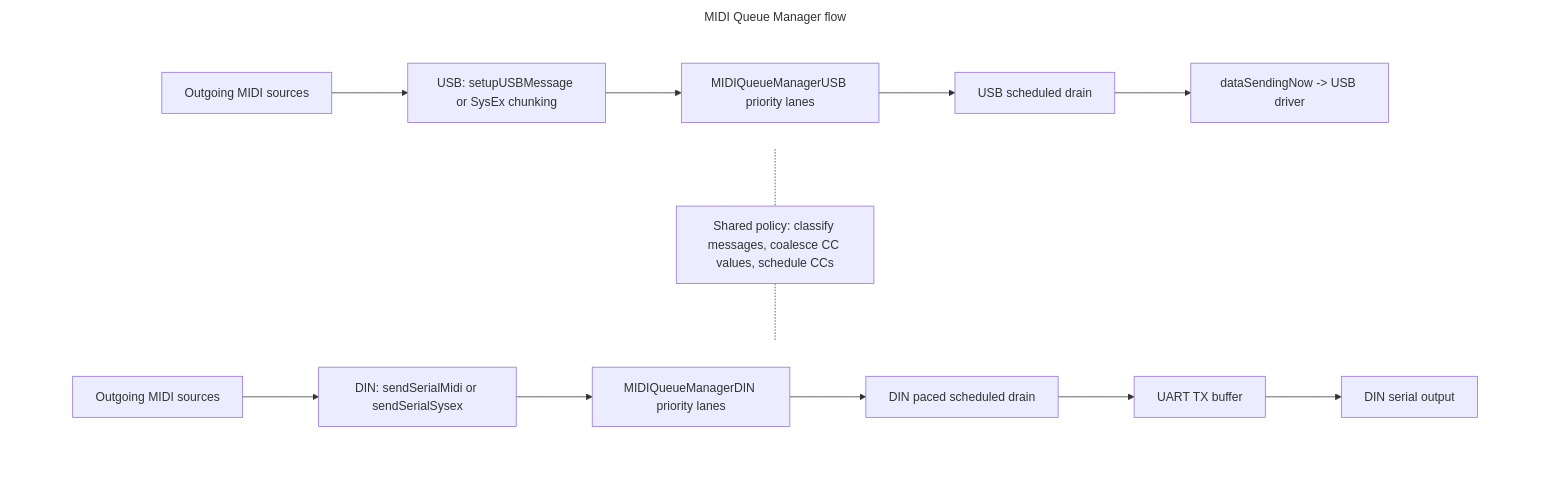
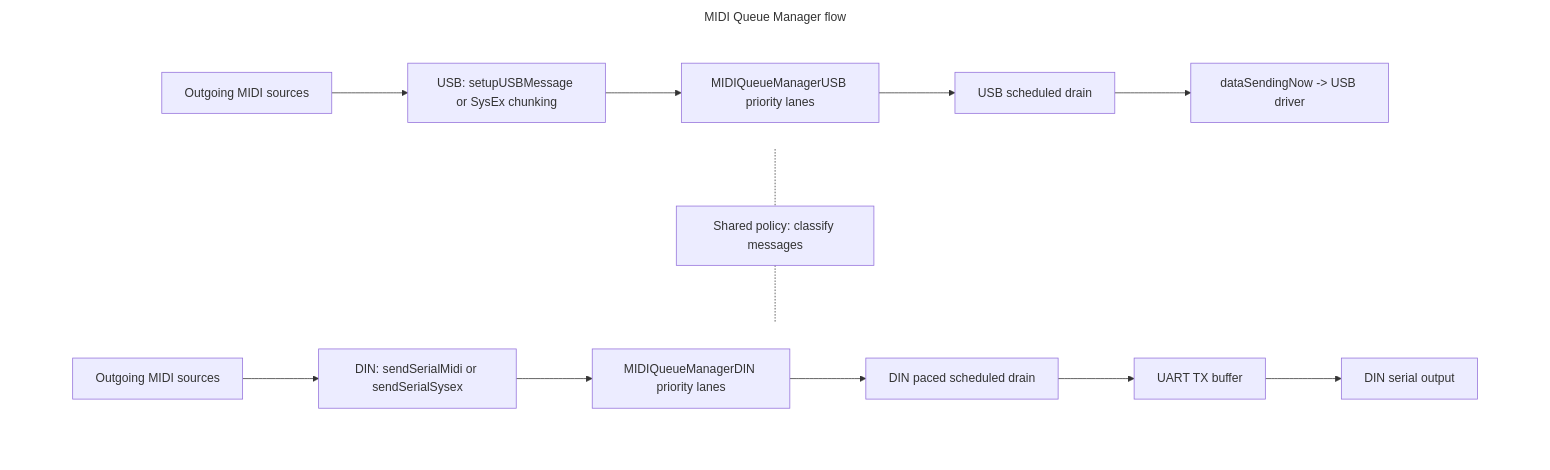
The diagram in docs/dev/systems/midi_queue_manager.md (SynthstromAudible/DelugeFirmware), drawn with Mermaid before and after one commit. The commit also changed other lines of this file and 14 other files, not shown here.

````diff
--- a/docs/dev/systems/midi_queue_manager.md
+++ b/docs/dev/systems/midi_queue_manager.md
@@ -97,38 +77,38 @@
 ```mermaid
 flowchart TB
   subgraph FLOW["MIDI Queue Manager flow"]
     direction TB
 
     subgraph USB_ROW[" "]
       direction LR
       USB_SRC["Outgoing MIDI sources"]
       USB_FORMAT["USB: setupUSBMessage or SysEx chunking"]
       USB_QUEUE["MIDIQueueManagerUSB priority lanes"]
       USB_DRAIN["USB scheduled drain"]
       USB_TRANSFER["dataSendingNow -> USB driver"]
 
       USB_SRC --> USB_FORMAT --> USB_QUEUE --> USB_DRAIN --> USB_TRANSFER
     end
 
-    POLICY["Shared policy: classify messages, coalesce CC values, schedule CCs"]
+    POLICY["Shared policy: classify messages"]
 
     subgraph DIN_ROW[" "]
       direction LR
       DIN_SRC["Outgoing MIDI sources"]
       DIN_FORMAT["DIN: sendSerialMidi or sendSerialSysex"]
       DIN_QUEUE["MIDIQueueManagerDIN priority lanes"]
       DIN_DRAIN["DIN paced scheduled drain"]
       DIN_UART["UART TX buffer"]
       DIN_WIRE["DIN serial output"]
 
       DIN_SRC --> DIN_FORMAT --> DIN_QUEUE --> DIN_DRAIN --> DIN_UART --> DIN_WIRE
     end
 
     USB_QUEUE -.- POLICY
     POLICY -.- DIN_QUEUE
   end
 
   style FLOW fill:transparent,stroke:transparent
   style USB_ROW fill:transparent,stroke:transparent
   style DIN_ROW fill:transparent,stroke:transparent
 ```
````
